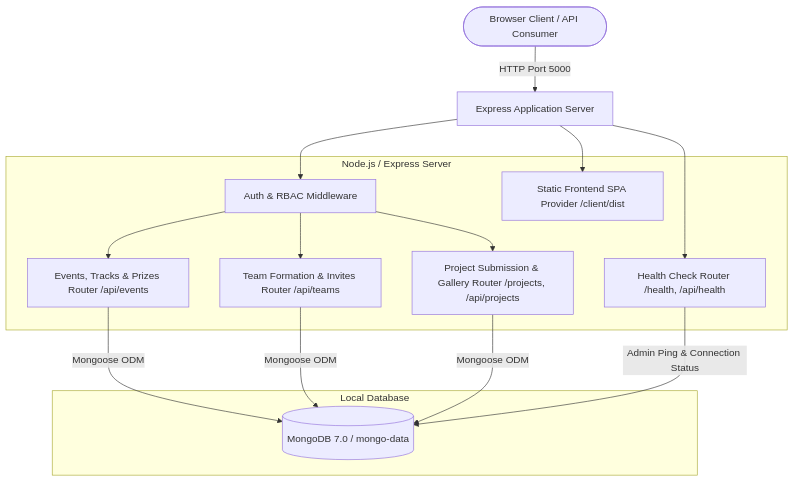
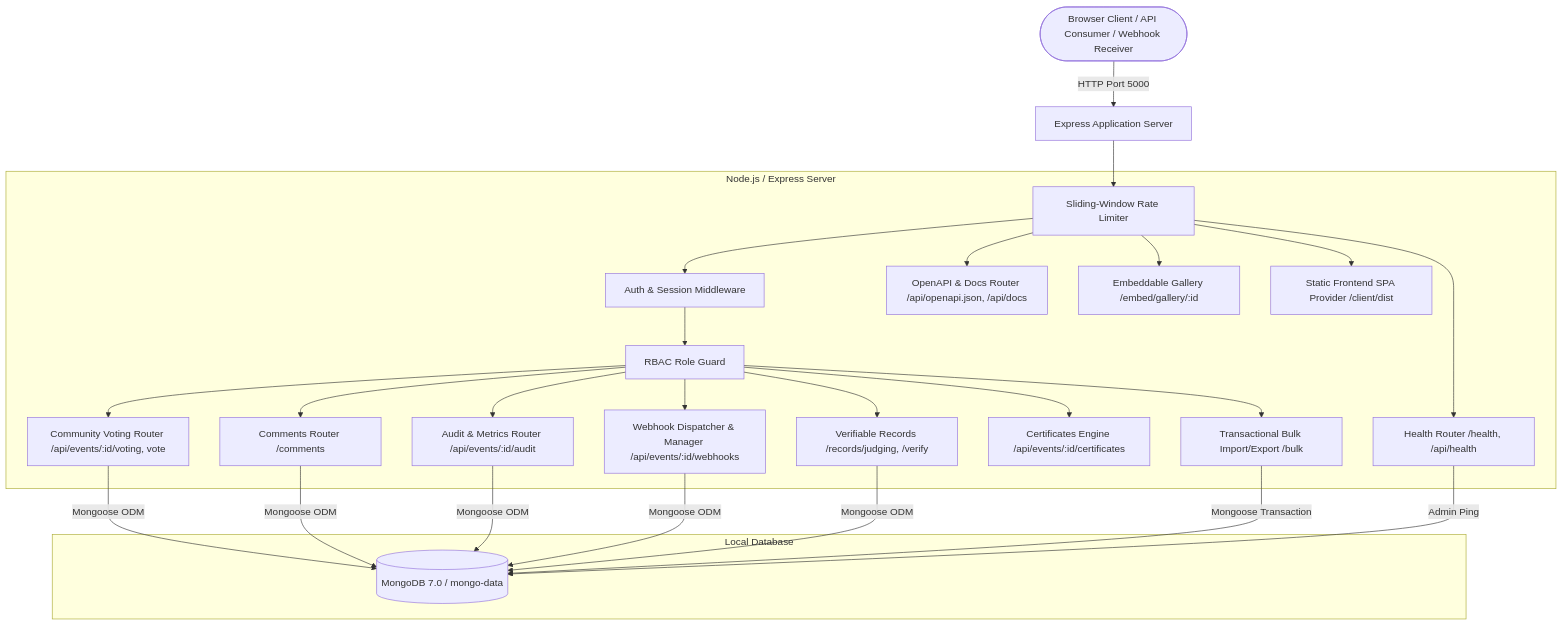
One commit to Ishwar-Gaikwad/hack-hub changed the first of 2 diagrams in ARCHITECTURE.md. Above: the diagram before and after it, drawn with Mermaid. The commit also changed other lines of this file and 3 other files, not shown here.

````diff
--- a/ARCHITECTURE.md
+++ b/ARCHITECTURE.md
@@ -16,29 +16,50 @@
 ```mermaid
 graph TD
-    User([Browser Client / API Consumer]) -->|HTTP Port 5000| NGINX[Express Application Server]
+    User([Browser Client / API Consumer / Webhook Receiver]) -->|HTTP Port 5000| NGINX[Express Application Server]
     
     subgraph Express Application [Node.js / Express Server]
-        AuthMW[Auth & RBAC Middleware]
-        HealthR[Health Check Router /health, /api/health]
-        EventsR[Events, Tracks & Prizes Router /api/events]
-        TeamsR[Team Formation & Invites Router /api/teams]
-        ProjectsR[Project Submission & Gallery Router /projects, /api/projects]
+        RateMW[Sliding-Window Rate Limiter]
+        AuthMW[Auth & Session Middleware]
+        RBACMW[RBAC Role Guard]
+        
+        HealthR[Health Router /health, /api/health]
+        OpenAPIR[OpenAPI & Docs Router /api/openapi.json, /api/docs]
+        VotingR[Community Voting Router /api/events/:id/voting, vote]
+        CommentsR[Comments Router /comments]
+        AuditR[Audit & Metrics Router /api/events/:id/audit]
+        WebhooksR[Webhook Dispatcher & Manager /api/events/:id/webhooks]
+        CertsR[Certificates Engine /api/events/:id/certificates]
+        RecordsR[Verifiable Records /records/judging, /verify]
+        EmbedR[Embeddable Gallery /embed/gallery/:id]
+        BulkR[Transactional Bulk Import/Export /bulk]
         StaticS[Static Frontend SPA Provider /client/dist]
     end
 
-    NGINX --> HealthR
-    NGINX --> AuthMW
-    NGINX --> StaticS
-    AuthMW --> EventsR
-    AuthMW --> TeamsR
-    AuthMW --> ProjectsR
+    NGINX --> RateMW
+    RateMW --> OpenAPIR
+    RateMW --> EmbedR
+    RateMW --> HealthR
+    RateMW --> StaticS
+    RateMW --> AuthMW
+    AuthMW --> RBACMW
+
+    RBACMW --> VotingR
+    RBACMW --> CommentsR
+    RBACMW --> AuditR
+    RBACMW --> WebhooksR
+    RBACMW --> CertsR
+    RBACMW --> RecordsR
+    RBACMW --> BulkR
 
     subgraph Persistence [Local Database]
         Mongo[(MongoDB 7.0 / mongo-data)]
     end
 
-    EventsR -->|Mongoose ODM| Mongo
-    TeamsR -->|Mongoose ODM| Mongo
-    ProjectsR -->|Mongoose ODM| Mongo
-    HealthR -->|Admin Ping & Connection Status| Mongo
+    VotingR -->|Mongoose ODM| Mongo
+    CommentsR -->|Mongoose ODM| Mongo
+    AuditR -->|Mongoose ODM| Mongo
+    WebhooksR -->|Mongoose ODM| Mongo
+    RecordsR -->|Mongoose ODM| Mongo
+    BulkR -->|Mongoose Transaction| Mongo
+    HealthR -->|Admin Ping| Mongo
 ```
````
